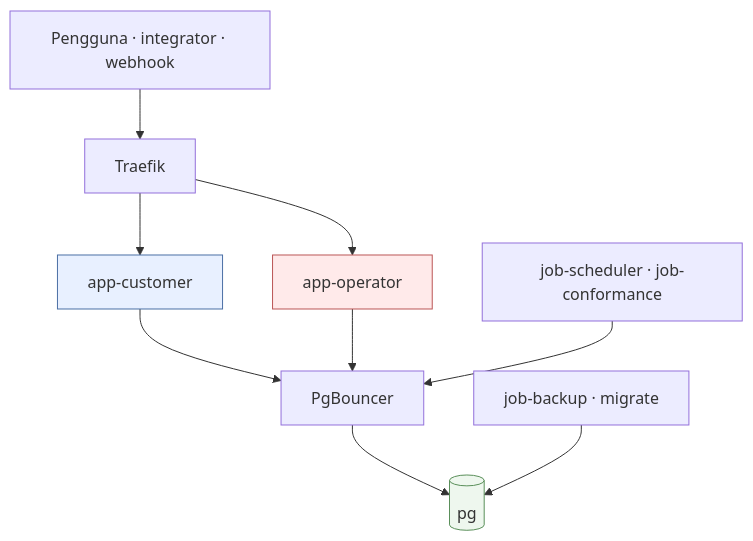
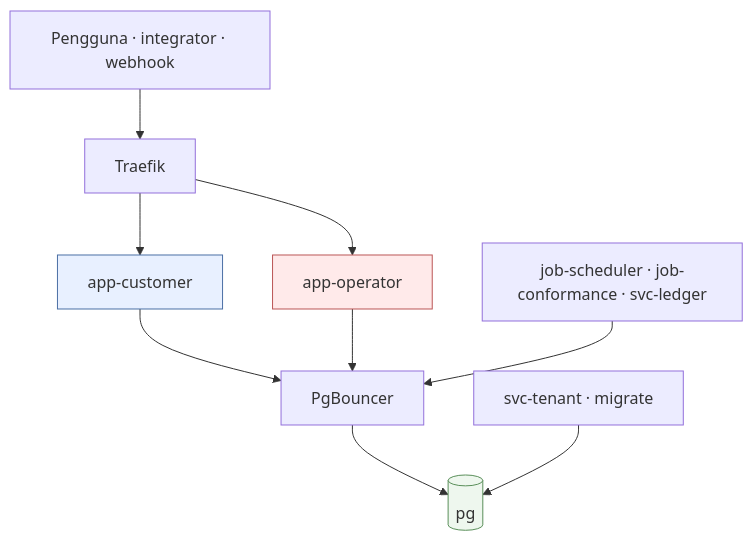
One commit to tri-evendi/sai-accounting changed the second of 4 diagrams in docs/arsitektur/01-ARSITEKTUR.md. Above: the diagram before and after it, drawn with Mermaid. The commit also changed other lines of this file and 7 other files, not shown here.

````diff
--- a/docs/arsitektur/01-ARSITEKTUR.md
+++ b/docs/arsitektur/01-ARSITEKTUR.md
@@ -75,15 +75,15 @@
 ```mermaid
 graph TB
     LUAR[Pengguna · integrator · webhook] --> TR[Traefik]
     TR --> WEBC[app-customer]
     TR --> WEBO[app-operator]
     WEBC --> PGB[PgBouncer]
     WEBO --> PGB
-    JOB[job-scheduler · job-conformance] --> PGB
+    JOB[job-scheduler · job-conformance · svc-ledger] --> PGB
     PGB --> DB[(pg)]
-    LANGSUNG[job-backup · migrate] --> DB
+    LANGSUNG[svc-tenant · migrate] --> DB
 
     style WEBC fill:#e8f0ff,stroke:#4a6fa5
     style WEBO fill:#ffeaea,stroke:#b55
     style DB fill:#eef7ee,stroke:#5a8f5a
 ```
````
